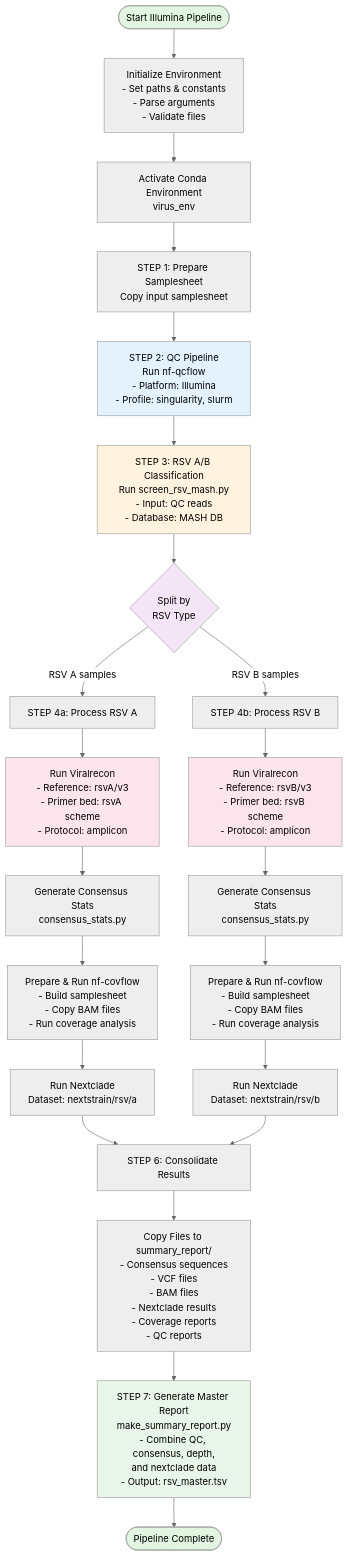
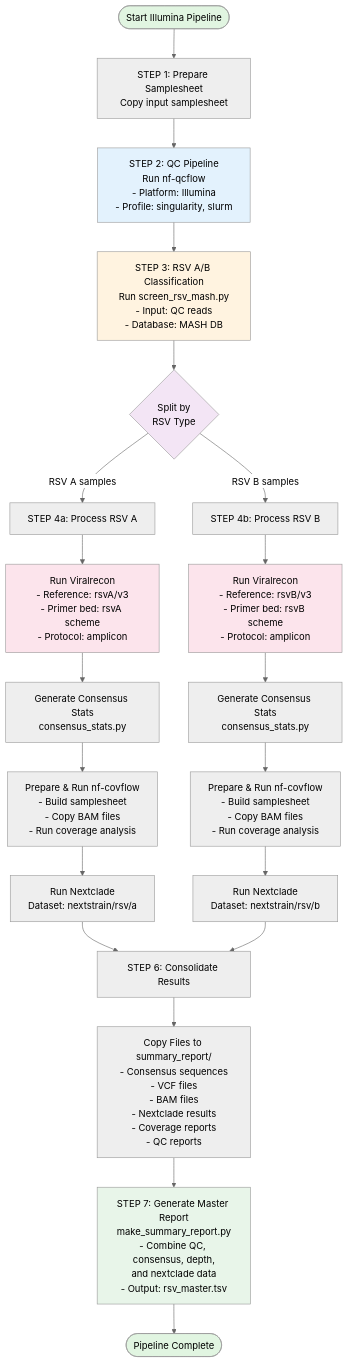
One commit to xiaoli-dong/rsv-analyzer changed the first of 2 diagrams in README.md. Above: the diagram before and after it, drawn with Mermaid (neutral theme). The commit also changed other lines of this file, not shown here.

````diff
--- a/README.md
+++ b/README.md
@@ -17,48 +17,44 @@
 ```mermaid
 flowchart TD
-    Start1([Start Illumina Pipeline]) --> Init1[Initialize Environment<br/>- Set paths & constants<br/>- Parse arguments<br/>- Validate files]
-    
-    Init1 --> Conda1[Activate Conda Environment<br/>virus_env]
-    
-    Conda1 --> Step1[STEP 1: Prepare Samplesheet<br/>Copy input samplesheet]
+    Start1([Start Illumina Pipeline])  --> Step1[STEP 1: Prepare Samplesheet<br/>Copy input samplesheet]
     
     Step1 --> Step2[STEP 2: QC Pipeline<br/>Run nf-qcflow<br/>- Platform: Illumina<br/>- Profile: singularity, slurm]
     
     Step2 --> Step3[STEP 3: RSV A/B Classification<br/>Run screen_rsv_mash.py<br/>- Input: QC reads<br/>- Database: MASH DB]
     
     Step3 --> Split1{Split by<br/>RSV Type}
     
     Split1 -->|RSV A samples| ProcessA1[STEP 4a: Process RSV A]
     Split1 -->|RSV B samples| ProcessB1[STEP 4b: Process RSV B]
     
     ProcessA1 --> VirA1[Run Viralrecon<br/>- Reference: rsvA/v3<br/>- Primer bed: rsvA scheme<br/>- Protocol: amplicon]
     
     ProcessB1 --> VirB1[Run Viralrecon<br/>- Reference: rsvB/v3<br/>- Primer bed: rsvB scheme<br/>- Protocol: amplicon]
     
     VirA1 --> StatsA1[Generate Consensus Stats<br/>consensus_stats.py]
     VirB1 --> StatsB1[Generate Consensus Stats<br/>consensus_stats.py]
     
     StatsA1 --> CovA1[Prepare & Run nf-covflow<br/>- Build samplesheet<br/>- Copy BAM files<br/>- Run coverage analysis]
     StatsB1 --> CovB1[Prepare & Run nf-covflow<br/>- Build samplesheet<br/>- Copy BAM files<br/>- Run coverage analysis]
     
     CovA1 --> NextA1[Run Nextclade<br/>Dataset: nextstrain/rsv/a]
     CovB1 --> NextB1[Run Nextclade<br/>Dataset: nextstrain/rsv/b]
     
     NextA1 --> Merge1[STEP 6: Consolidate Results]
     NextB1 --> Merge1
     
     Merge1 --> Copy1[Copy Files to summary_report/<br/>- Consensus sequences<br/>- VCF files<br/>- BAM files<br/>- Nextclade results<br/>- Coverage reports<br/>- QC reports]
     
     Copy1 --> Step7[STEP 7: Generate Master Report<br/>make_summary_report.py<br/>- Combine QC, consensus, depth,<br/>and nextclade data<br/>- Output: rsv_master.tsv]
     
     Step7 --> End1([Pipeline Complete])
     
     style Start1 fill:#e1f5e1
     style End1 fill:#e1f5e1
     style Step2 fill:#e3f2fd
     style Step3 fill:#fff3e0
     style Split1 fill:#f3e5f5
     style VirA1 fill:#fce4ec
     style VirB1 fill:#fce4ec
     style Step7 fill:#e8f5e9
 ```
````
